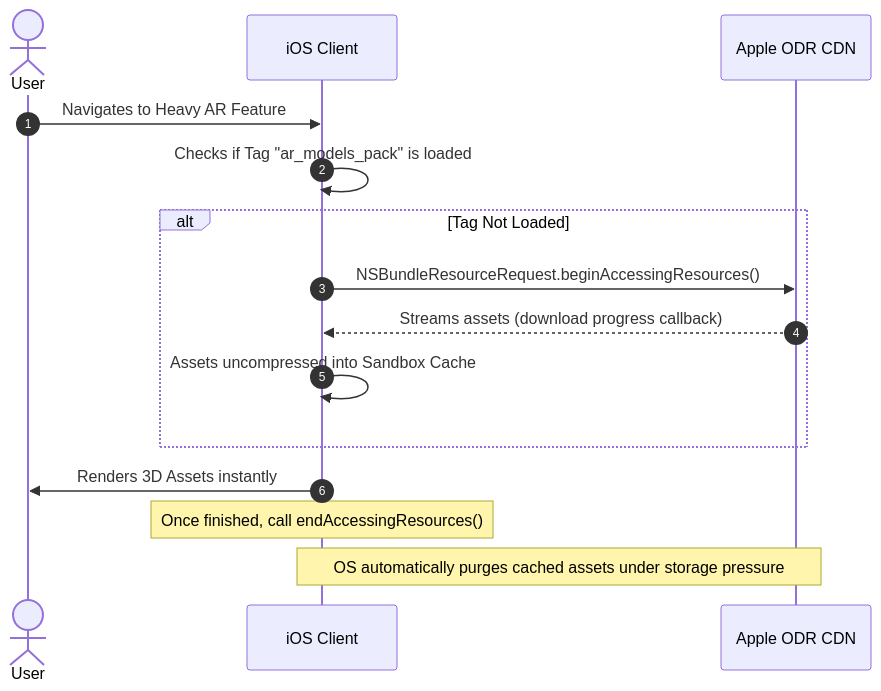
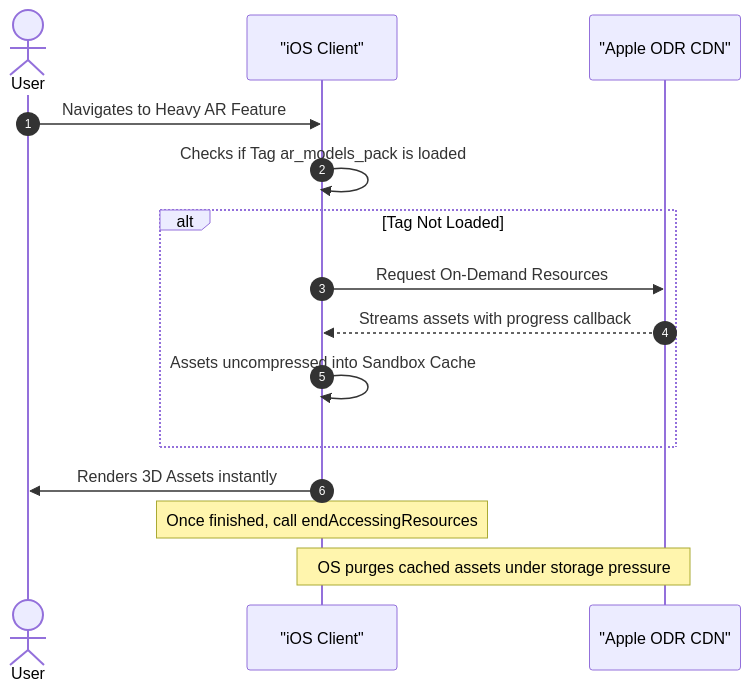
Before and after one commit to vennamprasad/awesome-mobile-interviews: the second of 2 diagrams in engineering/growth-and-internals/02_Dynamic_Feature_Delivery_and_App_Thinning.md, drawn with Mermaid. The commit also changed other lines of this file and 7 other files, not shown here.

Commit message:
fix(growth-and-internals): resolve Mermaid diagram syntax and quoting for GitHub rich display

````diff
--- a/engineering/growth-and-internals/02_Dynamic_Feature_Delivery_and_App_Thinning.md
+++ b/engineering/growth-and-internals/02_Dynamic_Feature_Delivery_and_App_Thinning.md
@@ -147,18 +147,18 @@
 ```mermaid
 sequenceDiagram
     autonumber
     actor User
-    participant App as iOS Client
-    participant ODR as Apple ODR CDN
+    participant App as "iOS Client"
+    participant ODR as "Apple ODR CDN"
     
     User->>App: Navigates to Heavy AR Feature
-    App->>App: Checks if Tag "ar_models_pack" is loaded
+    App->>App: Checks if Tag ar_models_pack is loaded
     alt Tag Not Loaded
-        App->>ODR: NSBundleResourceRequest.beginAccessingResources()
-        ODR-->>App: Streams assets (download progress callback)
+        App->>ODR: Request On-Demand Resources
+        ODR-->>App: Streams assets with progress callback
         App->>App: Assets uncompressed into Sandbox Cache
     end
     App->>User: Renders 3D Assets instantly
-    Note over App: Once finished, call endAccessingResources()
-    Note over App,ODR: OS automatically purges cached assets under storage pressure
+    Note over App: Once finished, call endAccessingResources
+    Note over App,ODR: OS purges cached assets under storage pressure
 ```
````
